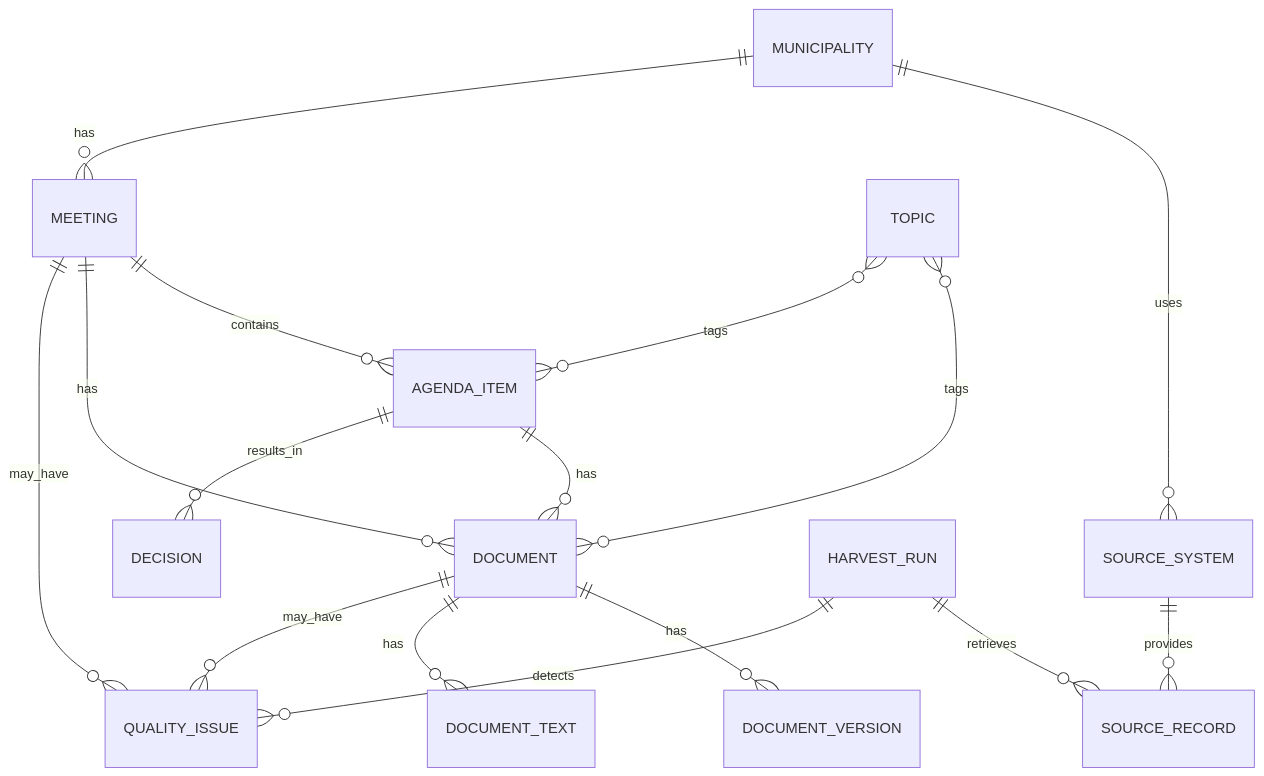
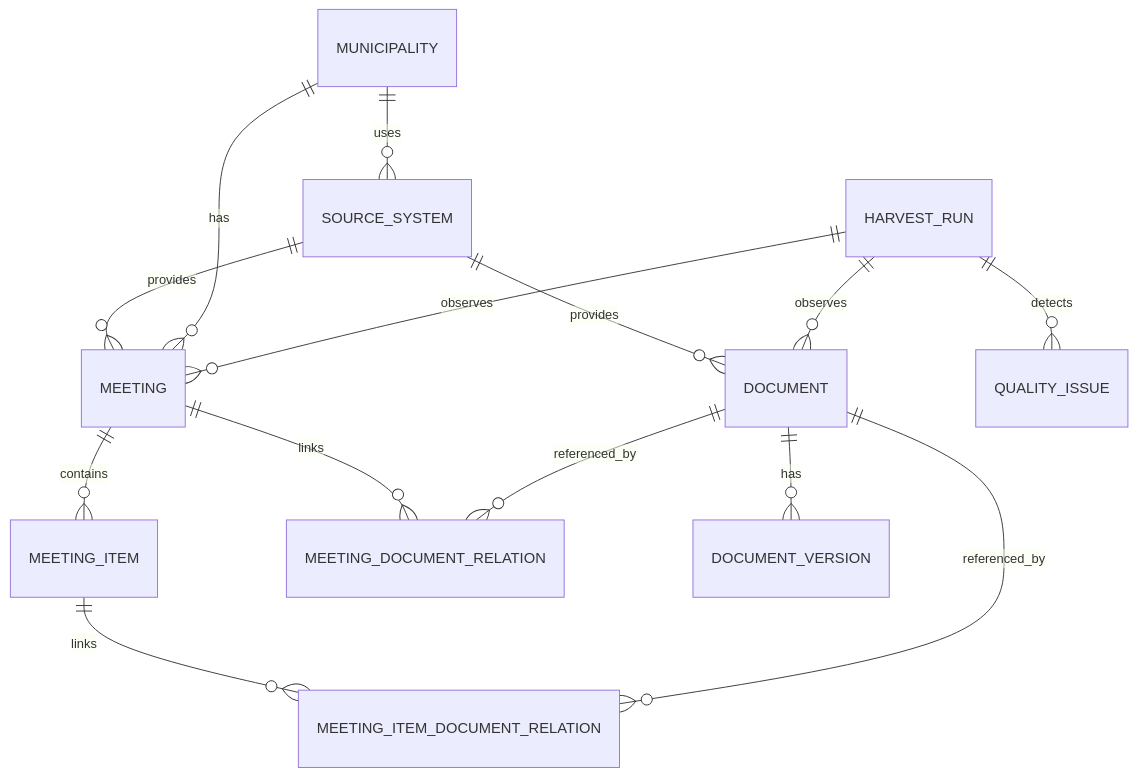
One commit to rubenwoudsma/open-ris-monitor changed the diagram in docs/data-model.md. Above: the diagram before and after it, drawn with Mermaid. The commit also changed other lines of this file and 6 other files, not shown here.

Commit message:
Update docs for meeting relation exports

````diff
--- a/docs/data-model.md
+++ b/docs/data-model.md
@@ -52,18 +55,16 @@
 ```mermaid
 erDiagram
-    MUNICIPALITY ||--o{ SOURCE_SYSTEM : uses
-    SOURCE_SYSTEM ||--o{ SOURCE_RECORD : provides
-    MUNICIPALITY ||--o{ MEETING : has
-    MEETING ||--o{ AGENDA_ITEM : contains
-    MEETING ||--o{ DOCUMENT : has
-    AGENDA_ITEM ||--o{ DOCUMENT : has
-    AGENDA_ITEM ||--o{ DECISION : results_in
-    DOCUMENT ||--o{ DOCUMENT_VERSION : has
-    DOCUMENT ||--o{ DOCUMENT_TEXT : has
-    DOCUMENT ||--o{ QUALITY_ISSUE : may_have
-    MEETING ||--o{ QUALITY_ISSUE : may_have
-    HARVEST_RUN ||--o{ SOURCE_RECORD : retrieves
-    HARVEST_RUN ||--o{ QUALITY_ISSUE : detects
-    TOPIC }o--o{ DOCUMENT : tags
-    TOPIC }o--o{ AGENDA_ITEM : tags
+  MUNICIPALITY ||--o{ SOURCE_SYSTEM : uses
+  SOURCE_SYSTEM ||--o{ DOCUMENT : provides
+  SOURCE_SYSTEM ||--o{ MEETING : provides
+  MUNICIPALITY ||--o{ MEETING : has
+  MEETING ||--o{ MEETING_ITEM : contains
+  MEETING ||--o{ MEETING_DOCUMENT_RELATION : links
+  MEETING_ITEM ||--o{ MEETING_ITEM_DOCUMENT_RELATION : links
+  DOCUMENT ||--o{ MEETING_DOCUMENT_RELATION : referenced_by
+  DOCUMENT ||--o{ MEETING_ITEM_DOCUMENT_RELATION : referenced_by
+  DOCUMENT ||--o{ DOCUMENT_VERSION : has
+  HARVEST_RUN ||--o{ DOCUMENT : observes
+  HARVEST_RUN ||--o{ MEETING : observes
+  HARVEST_RUN ||--o{ QUALITY_ISSUE : detects
 ```
````
